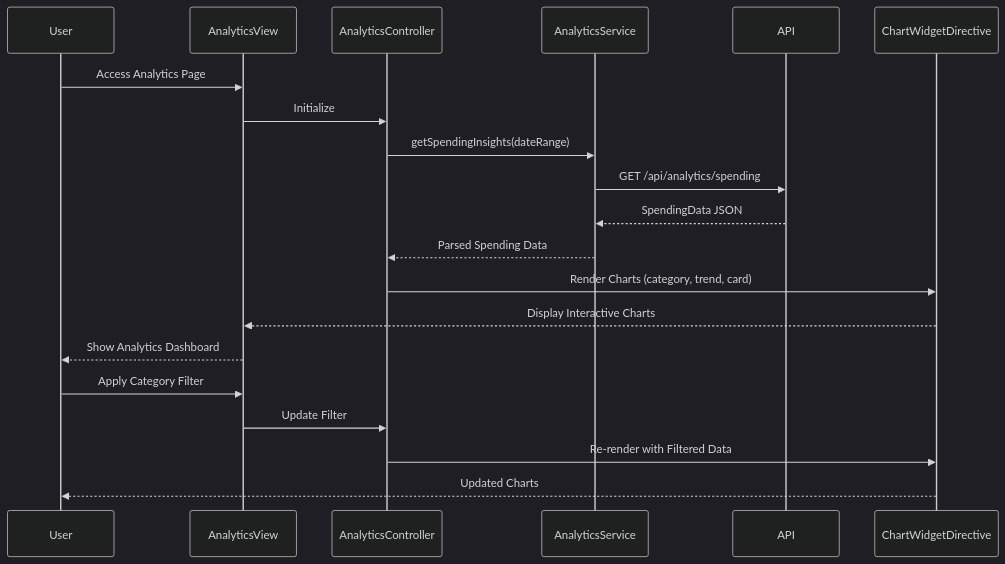
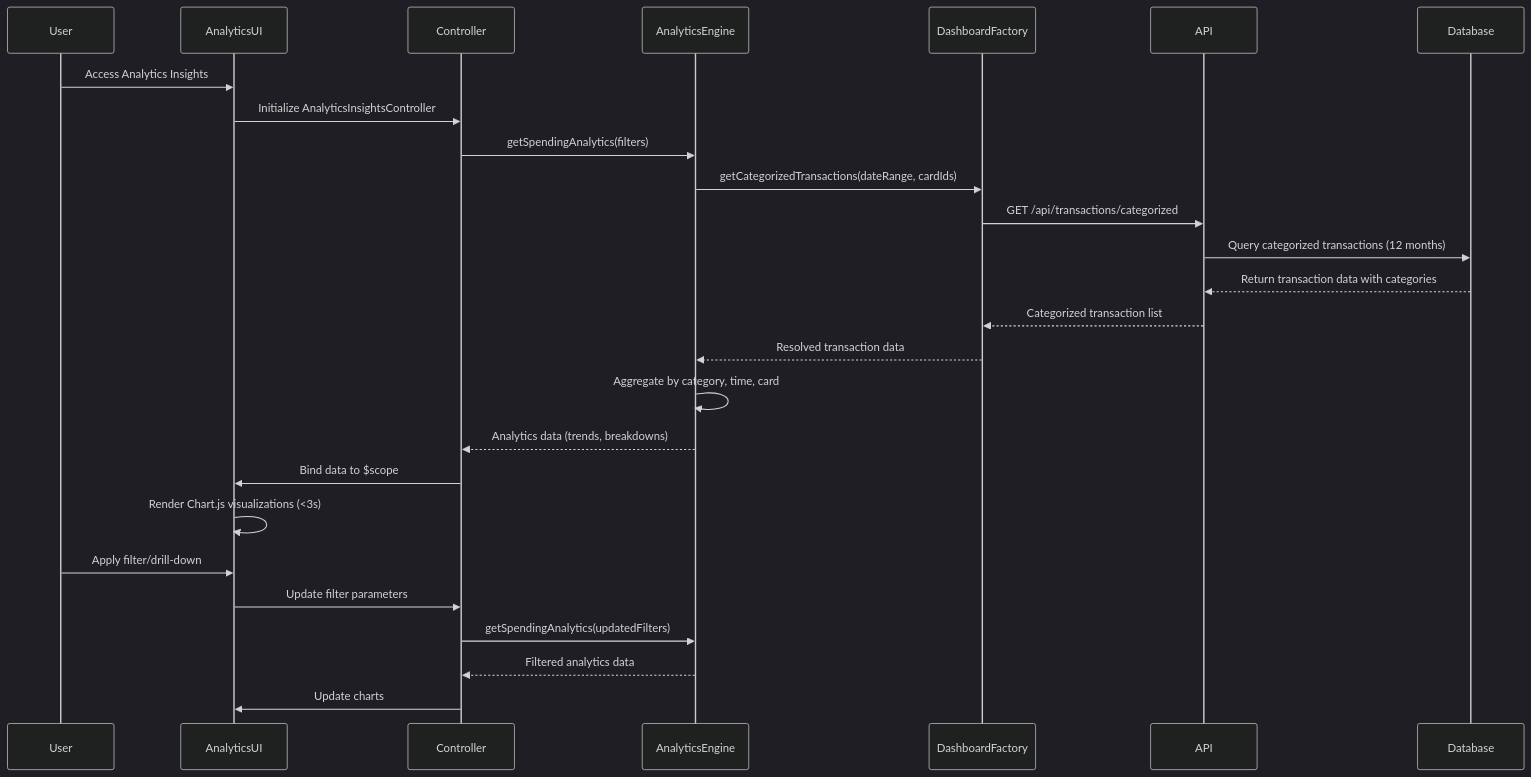
The diagram in LLD/QE-8580_LLD.md (AAVA-Demo/APB_Demo), drawn with Mermaid (dark theme) before and after one commit. The commit also changed other lines of this file and 5 other files, not shown here.

````diff
--- a/LLD/QE-8580_LLD.md
+++ b/LLD/QE-8580_LLD.md
@@ -88,23 +79,29 @@
 ```mermaid
 sequenceDiagram
     participant User
-    participant AnalyticsView
-    participant AnalyticsController
-    participant AnalyticsService
+    participant AnalyticsUI
+    participant Controller
+    participant AnalyticsEngine
+    participant DashboardFactory
     participant API
-    participant ChartWidgetDirective
+    participant Database
 
-    User->>AnalyticsView: Access Analytics Page
-    AnalyticsView->>AnalyticsController: Initialize
-    AnalyticsController->>AnalyticsService: getSpendingInsights(dateRange)
-    AnalyticsService->>API: GET /api/analytics/spending
-    API-->>AnalyticsService: SpendingData JSON
-    AnalyticsService-->>AnalyticsController: Parsed Spending Data
-    AnalyticsController->>ChartWidgetDirective: Render Charts (category, trend, card)
-    ChartWidgetDirective-->>AnalyticsView: Display Interactive Charts
-    AnalyticsView-->>User: Show Analytics Dashboard
-    User->>AnalyticsView: Apply Category Filter
-    AnalyticsView->>AnalyticsController: Update Filter
-    AnalyticsController->>ChartWidgetDirective: Re-render with Filtered Data
-    ChartWidgetDirective-->>User: Updated Charts
+    User->>AnalyticsUI: Access Analytics Insights
+    AnalyticsUI->>Controller: Initialize AnalyticsInsightsController
+    Controller->>AnalyticsEngine: getSpendingAnalytics(filters)
+    AnalyticsEngine->>DashboardFactory: getCategorizedTransactions(dateRange, cardIds)
+    DashboardFactory->>API: GET /api/transactions/categorized
+    API->>Database: Query categorized transactions (12 months)
+    Database-->>API: Return transaction data with categories
+    API-->>DashboardFactory: Categorized transaction list
+    DashboardFactory-->>AnalyticsEngine: Resolved transaction data
+    AnalyticsEngine->>AnalyticsEngine: Aggregate by category, time, card
+    AnalyticsEngine-->>Controller: Analytics data (trends, breakdowns)
+    Controller->>AnalyticsUI: Bind data to $scope
+    AnalyticsUI->>AnalyticsUI: Render Chart.js visualizations (<3s)
+    User->>AnalyticsUI: Apply filter/drill-down
+    AnalyticsUI->>Controller: Update filter parameters
+    Controller->>AnalyticsEngine: getSpendingAnalytics(updatedFilters)
+    AnalyticsEngine-->>Controller: Filtered analytics data
+    Controller->>AnalyticsUI: Update charts
 ```
````
